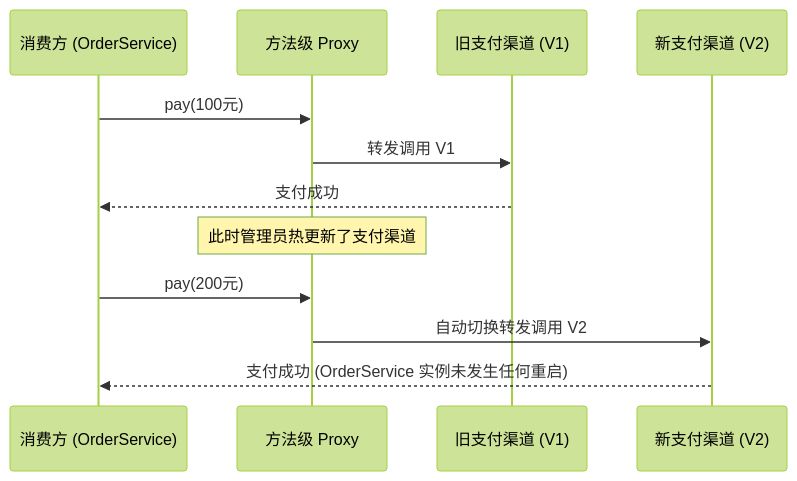
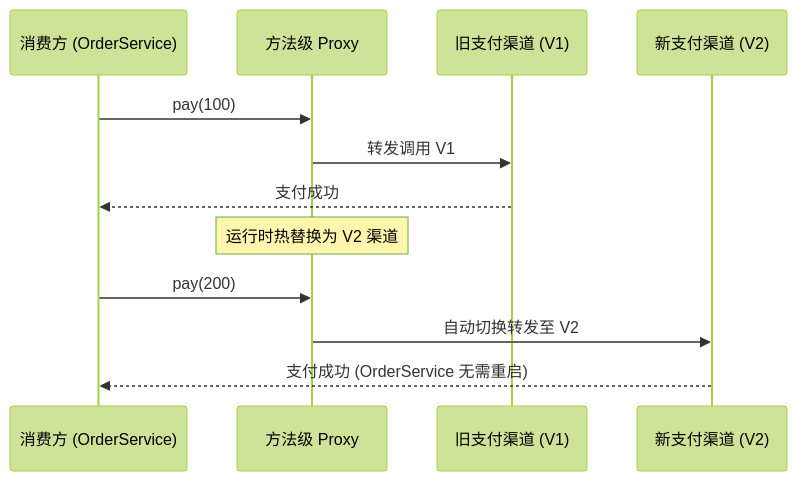
The second of 4 diagrams in docs/Knotra Beans 与 Spring 集成指南.md (fjay/knotra), drawn with Mermaid (forest theme) before and after one commit. The commit also changed other lines of this file and 7 other files, not shown here.

````diff
--- a/docs/Knotra Beans 与 Spring 集成指南.md
+++ b/docs/Knotra Beans 与 Spring 集成指南.md
@@ -188,17 +176,17 @@
 ```mermaid
 sequenceDiagram
     participant OrderService as 消费方 (OrderService)
     participant Proxy as 方法级 Proxy
     participant OldPay as 旧支付渠道 (V1)
     participant NewPay as 新支付渠道 (V2)
 
-    OrderService->>Proxy: pay(100元)
+    OrderService->>Proxy: pay(100)
     Proxy->>OldPay: 转发调用 V1
     OldPay-->>OrderService: 支付成功
 
-    Note over Proxy: 此时管理员热更新了支付渠道
+    Note over Proxy: 运行时热替换为 V2 渠道
 
-    OrderService->>Proxy: pay(200元)
-    Proxy->>NewPay: 自动切换转发调用 V2
-    NewPay-->>OrderService: 支付成功 (OrderService 实例未发生任何重启)
+    OrderService->>Proxy: pay(200)
+    Proxy->>NewPay: 自动切换转发至 V2
+    NewPay-->>OrderService: 支付成功 (OrderService 无需重启)
 ```
````
